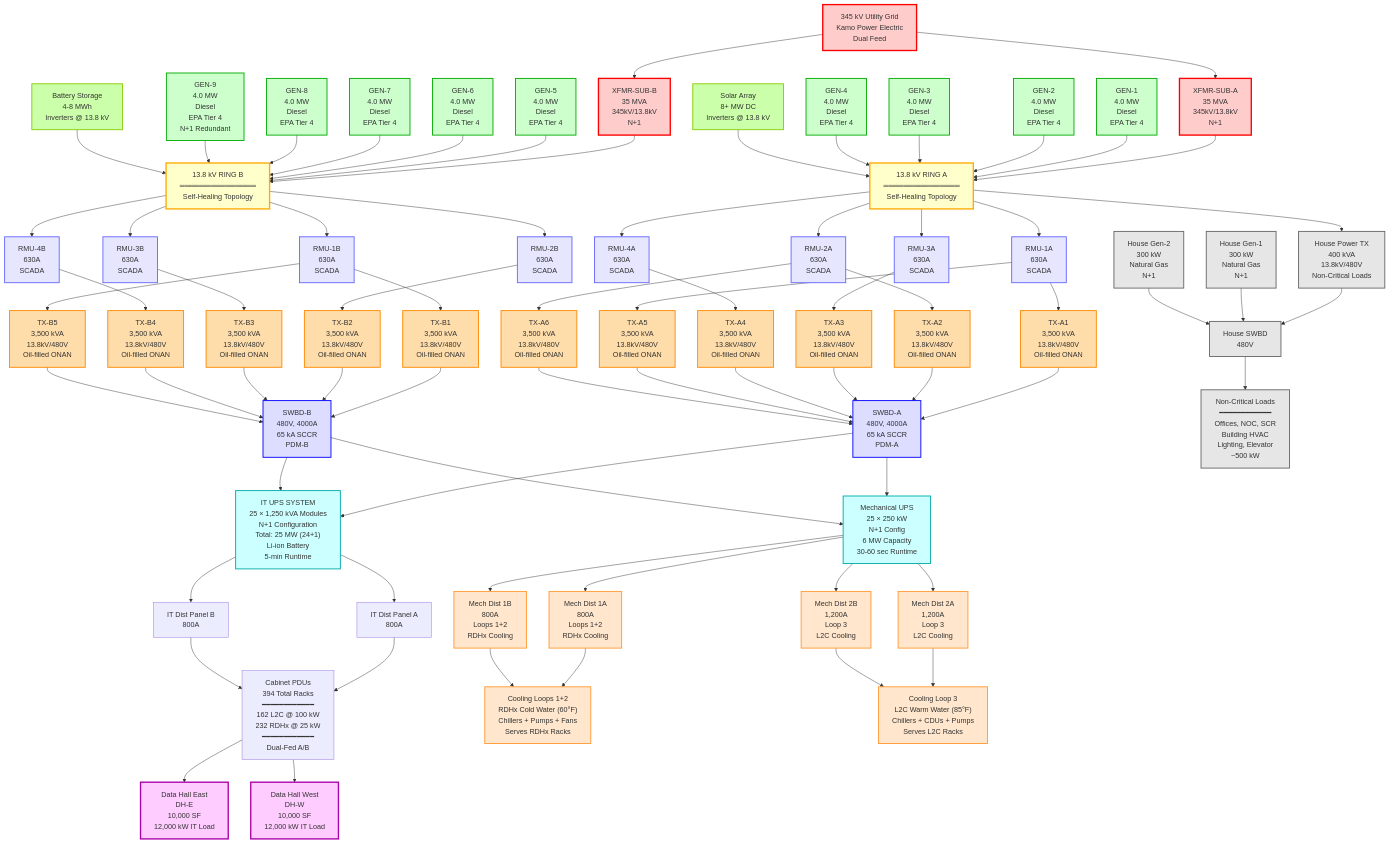
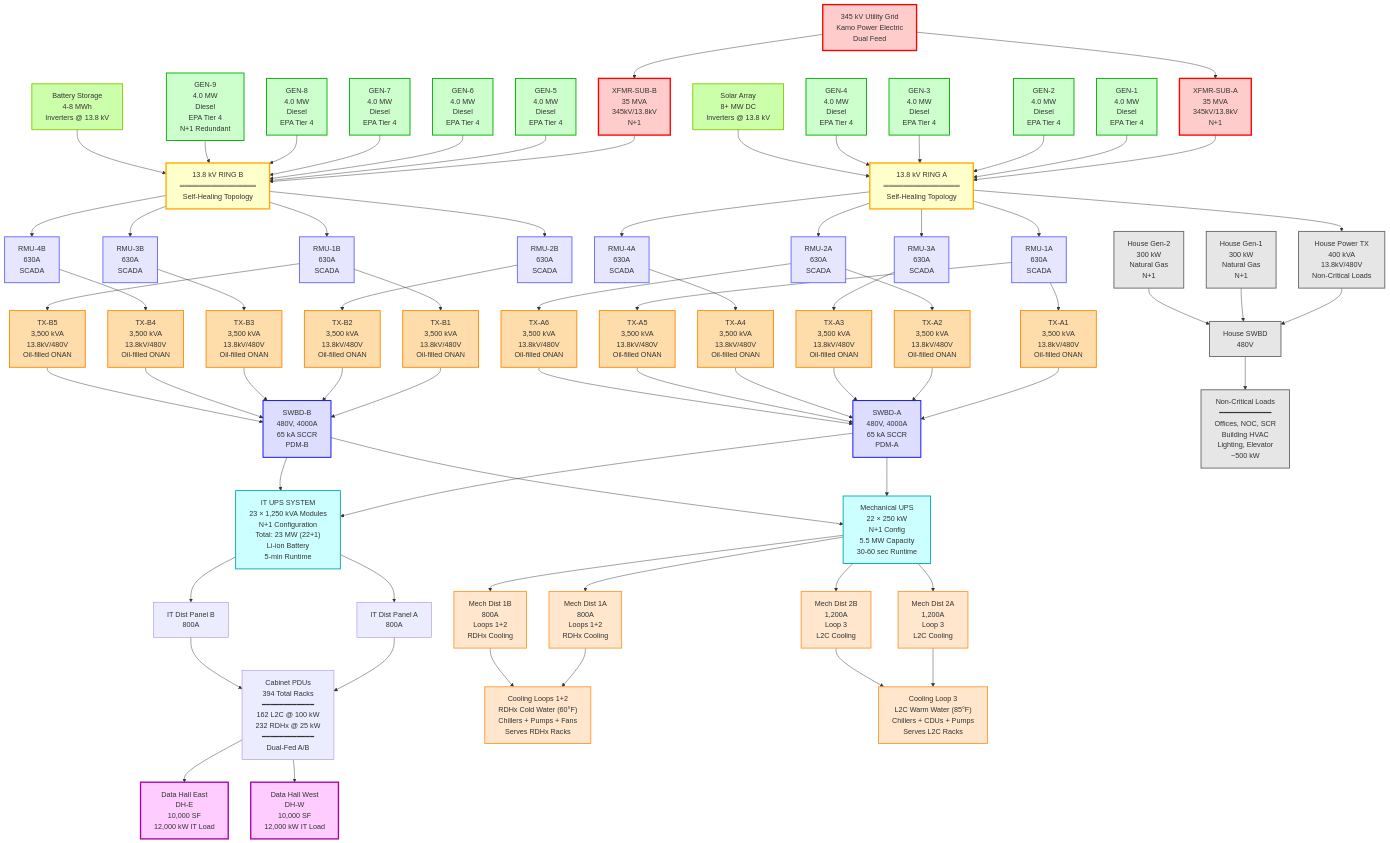
Before and after one commit to bentonperet/Saga: the diagram in Saga Pryor DC/Basis of Design/SLDs/SLD_Phase4_22MW.md, drawn with Mermaid. The commit also changed other lines of this file and 7 other files, not shown here.

```diff
--- a/Saga Pryor DC/Basis of Design/SLDs/SLD_Phase4_22MW.md
+++ b/Saga Pryor DC/Basis of Design/SLDs/SLD_Phase4_22MW.md
@@ -105,12 +105,12 @@
     HOUSE_GEN1["House Gen-1<br/>300 kW<br/>Natural Gas<br/>N+1"] --> HOUSE_SWBD
     HOUSE_GEN2["House Gen-2<br/>300 kW<br/>Natural Gas<br/>N+1"] --> HOUSE_SWBD
 
-    %% IT UPS System (N+1 modular, 25 modules)
-    SWBD_A --> UPS_SYSTEM["IT UPS SYSTEM<br/>25 × 1,250 kVA Modules<br/>N+1 Configuration<br/>Total: 25 MW (24+1)<br/>Li-ion Battery<br/>5-min Runtime"]
+    %% IT UPS System (N+1 modular, 23 modules)
+    SWBD_A --> UPS_SYSTEM["IT UPS SYSTEM<br/>23 × 1,250 kVA Modules<br/>N+1 Configuration<br/>Total: 23 MW (22+1)<br/>Li-ion Battery<br/>5-min Runtime"]
     SWBD_B --> UPS_SYSTEM
 
     %% Mechanical UPS (N+1 for critical mechanical loads)
-    SWBD_A --> MECH_UPS["Mechanical UPS<br/>25 × 250 kW<br/>N+1 Config<br/>6 MW Capacity<br/>30-60 sec Runtime"]
+    SWBD_A --> MECH_UPS["Mechanical UPS<br/>22 × 250 kW<br/>N+1 Config<br/>5.5 MW Capacity<br/>30-60 sec Runtime"]
     SWBD_B --> MECH_UPS
 
     %% IT Distribution Panels
```
